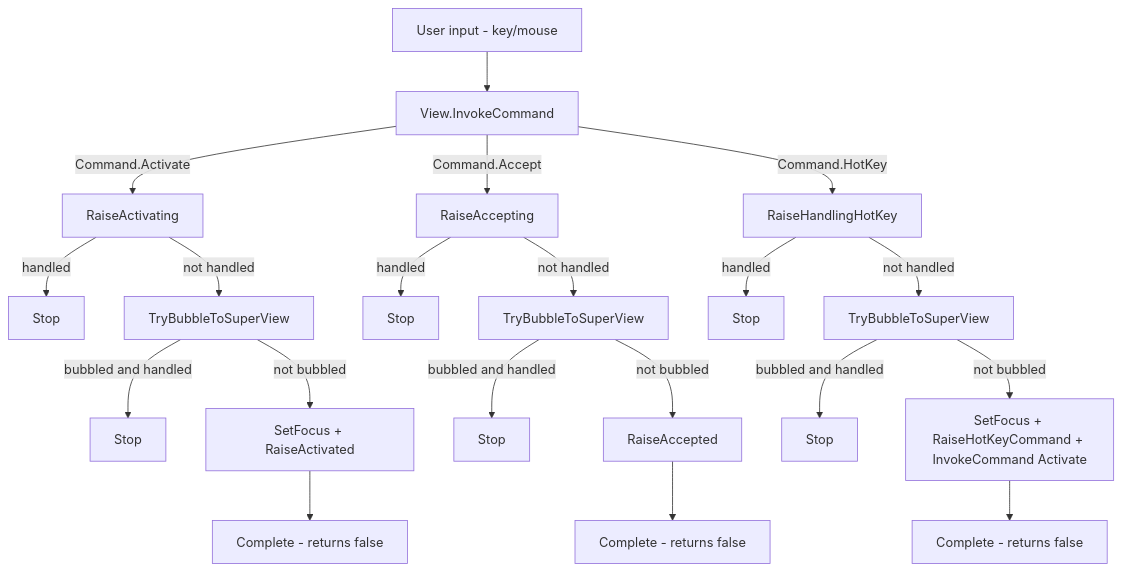
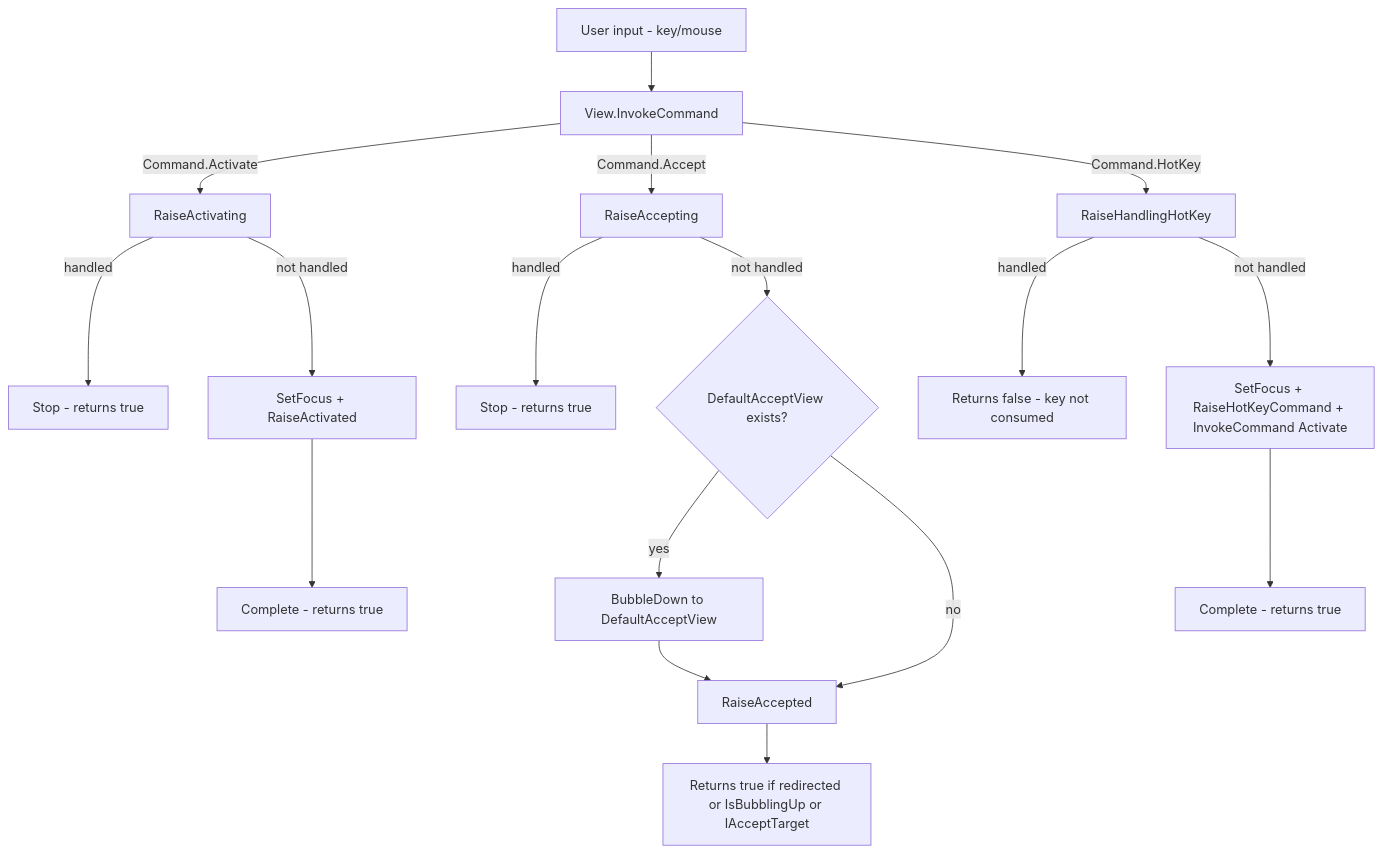
The first of 4 diagrams in docfx/docs/command.md (gui-cs/Terminal.Gui), drawn with Mermaid before and after one commit. The commit also changed other lines of this file and 4 other files, not shown here.

````diff
--- a/docfx/docs/command.md
+++ b/docfx/docs/command.md
@@ -17,25 +17,22 @@
 ```mermaid
 flowchart TD
     input[User input - key/mouse] --> invoke[View.InvokeCommand]
     invoke --> |Command.Activate| act_pre[RaiseActivating]
     invoke --> |Command.Accept| acc_pre[RaiseAccepting]
     invoke --> |Command.HotKey| hk_pre[RaiseHandlingHotKey]
 
-    act_pre --> |handled| act_stop[Stop]
-    act_pre --> |not handled| act_bubble[TryBubbleToSuperView]
-    act_bubble --> |bubbled and handled| act_stop2[Stop]
-    act_bubble --> |not bubbled| act_handler[SetFocus + RaiseActivated]
-    act_handler --> act_done[Complete - returns false]
+    act_pre --> |handled| act_stop[Stop - returns true]
+    act_pre --> |not handled| act_handler[SetFocus + RaiseActivated]
+    act_handler --> act_done[Complete - returns true]
 
-    acc_pre --> |handled| acc_stop[Stop]
-    acc_pre --> |not handled| acc_bubble[TryBubbleToSuperView]
-    acc_bubble --> |bubbled and handled| acc_stop2[Stop]
-    acc_bubble --> |not bubbled| acc_handler[RaiseAccepted]
-    acc_handler --> acc_done[Complete - returns false]
+    acc_pre --> |handled| acc_stop[Stop - returns true]
+    acc_pre --> |not handled| acc_default{DefaultAcceptView exists?}
+    acc_default --> |yes| acc_bubble_down[BubbleDown to DefaultAcceptView]
+    acc_bubble_down --> acc_accepted[RaiseAccepted]
+    acc_default --> |no| acc_accepted
+    acc_accepted --> acc_done[Returns true if redirected or IsBubblingUp or IAcceptTarget]
 
-    hk_pre --> |handled| hk_stop[Stop]
-    hk_pre --> |not handled| hk_bubble[TryBubbleToSuperView]
-    hk_bubble --> |bubbled and handled| hk_stop2[Stop]
-    hk_bubble --> |not bubbled| hk_handler[SetFocus + RaiseHotKeyCommand + InvokeCommand Activate]
-    hk_handler --> hk_done[Complete - returns false]
+    hk_pre --> |handled| hk_cancel[Returns false - key not consumed]
+    hk_pre --> |not handled| hk_handler[SetFocus + RaiseHotKeyCommand + InvokeCommand Activate]
+    hk_handler --> hk_done[Complete - returns true]
 ```
````
